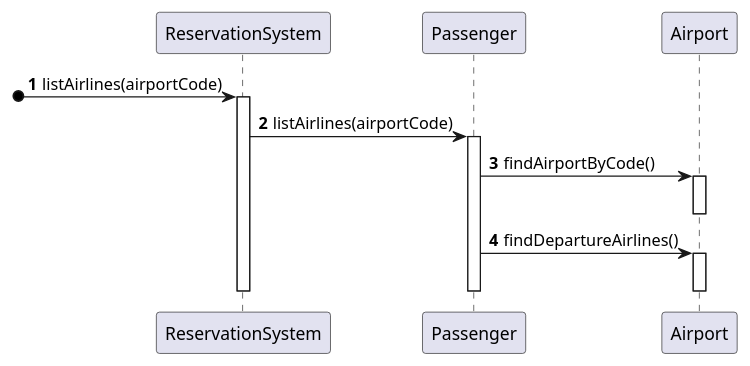
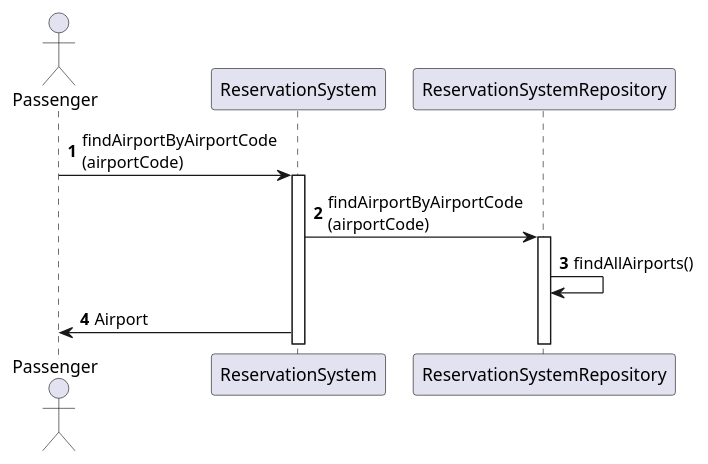
Before and after one commit to Ochirgarid/mpp-project: the diagram in diagrams/plantuml/3-3-sequence-diagram.md, drawn with PlantUML. The commit also changed 9 other files, not shown here.

Commit message:
diagrams update

````diff
--- a/diagrams/plantuml/3-3-sequence-diagram.md
+++ b/diagrams/plantuml/3-3-sequence-diagram.md
@@ -1,19 +1,16 @@
 ```plantuml
 @startuml
+
+Actor Passenger
 autonumber
+Passenger->ReservationSystem: findAirportByAirportCode\n(airportCode)
+activate ReservationSystem
 
-[o->ReservationSystem: listAirlines(airportCode)
-activate ReservationSystem
-ReservationSystem -> Passenger: listAirlines(airportCode)
-activate Passenger
-Passenger -> Airport : findAirportByCode()
-activate Airport
-deactivate Airport
-Passenger -> Airport : findDepartureAirlines()
-activate Airport
-deactivate Airport
-deactivate Passenger
-deactivate ReservationSystem
+ReservationSystem -> ReservationSystemRepository: findAirportByAirportCode\n(airportCode)
+activate ReservationSystemRepository
+ReservationSystemRepository -> ReservationSystemRepository: findAllAirports()
+
+ReservationSystem->Passenger: Airport
 
 @enduml
 ```
````
